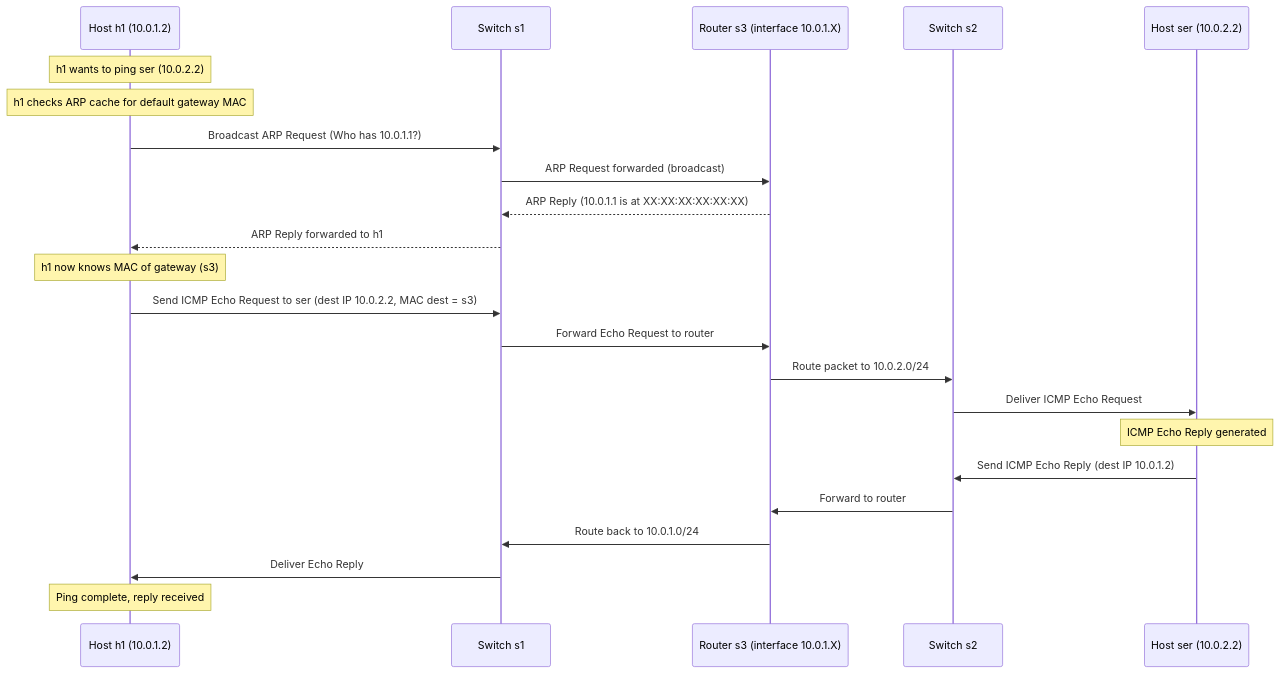
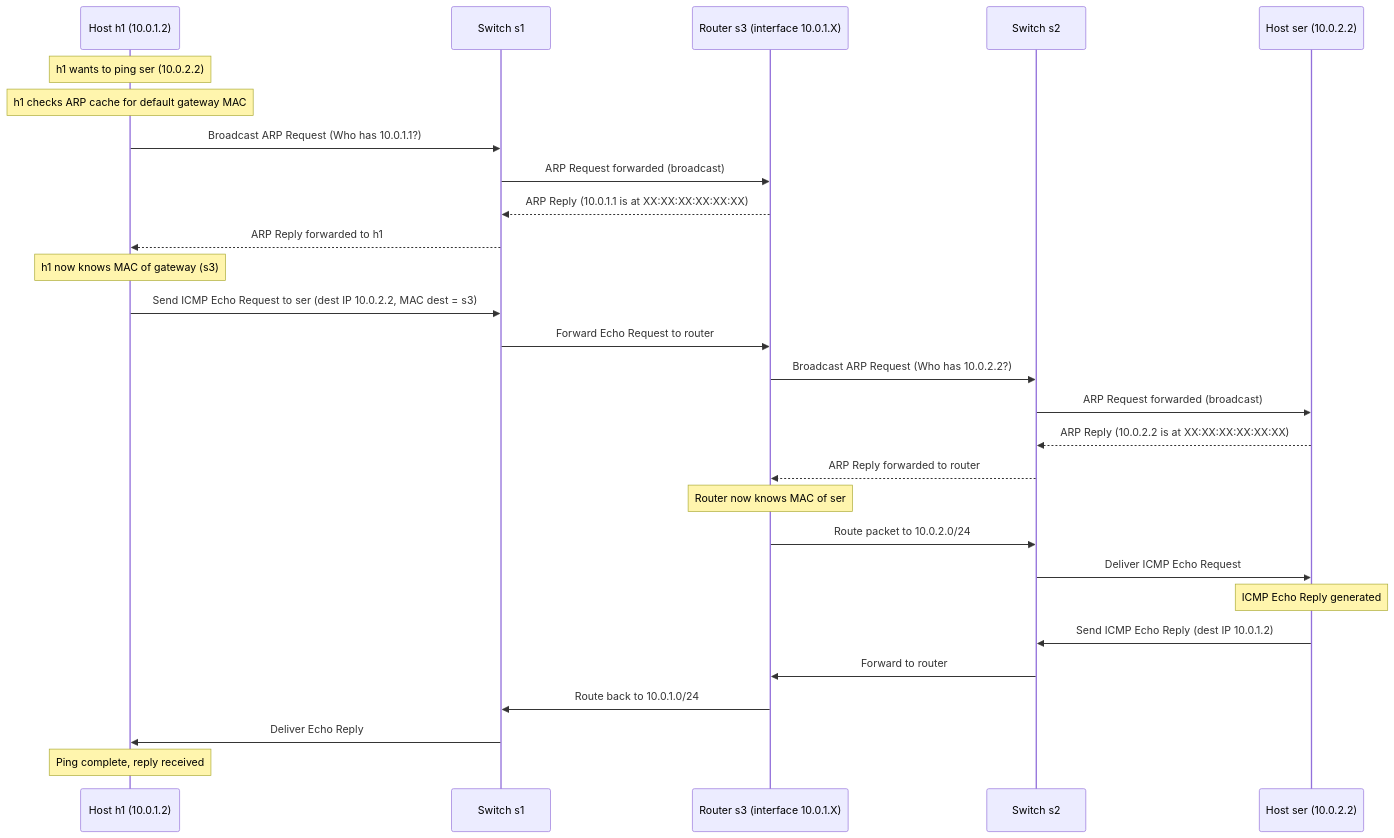
One commit to tobi-lgs/ans-ss25 changed the first of 2 diagrams in lab1/notes1.md. Above: the diagram before and after it, drawn with Mermaid. The commit also changed other lines of this file and 1 other file, not shown here.

Commit message:
add: more notes for router

````diff
--- a/lab1/notes1.md
+++ b/lab1/notes1.md
@@ -218,32 +218,39 @@
 ```mermaid
 sequenceDiagram
     participant h1 as Host h1 (10.0.1.2)
     participant s1 as Switch s1
     participant s3 as Router s3 (interface 10.0.1.X)
     participant s2 as Switch s2
     participant ser as Host ser (10.0.2.2)
 
     Note over h1: h1 wants to ping ser (10.0.2.2)
     Note over h1: h1 checks ARP cache for default gateway MAC
 
     h1->>s1: Broadcast ARP Request (Who has 10.0.1.1?)
     s1->>s3: ARP Request forwarded (broadcast)
     s3-->>s1: ARP Reply (10.0.1.1 is at XX:XX:XX:XX:XX:XX)
     s1-->>h1: ARP Reply forwarded to h1
 
     Note over h1: h1 now knows MAC of gateway (s3)
 
     h1->>s1: Send ICMP Echo Request to ser (dest IP 10.0.2.2, MAC dest = s3)
     s1->>s3: Forward Echo Request to router
+    s3->>s2: Broadcast ARP Request (Who has 10.0.2.2?)
+    s2->>ser: ARP Request forwarded (broadcast)
+    ser-->>s2: ARP Reply (10.0.2.2 is at XX:XX:XX:XX:XX:XX)
+    s2-->>s3: ARP Reply forwarded to router
+
+    Note over s3: Router now knows MAC of ser
+
     s3->>s2: Route packet to 10.0.2.0/24
     s2->>ser: Deliver ICMP Echo Request
 
     Note over ser: ICMP Echo Reply generated
 
     ser->>s2: Send ICMP Echo Reply (dest IP 10.0.1.2)
     s2->>s3: Forward to router
     s3->>s1: Route back to 10.0.1.0/24
     s1->>h1: Deliver Echo Reply
 
     Note over h1: Ping complete, reply received
 ```
````
